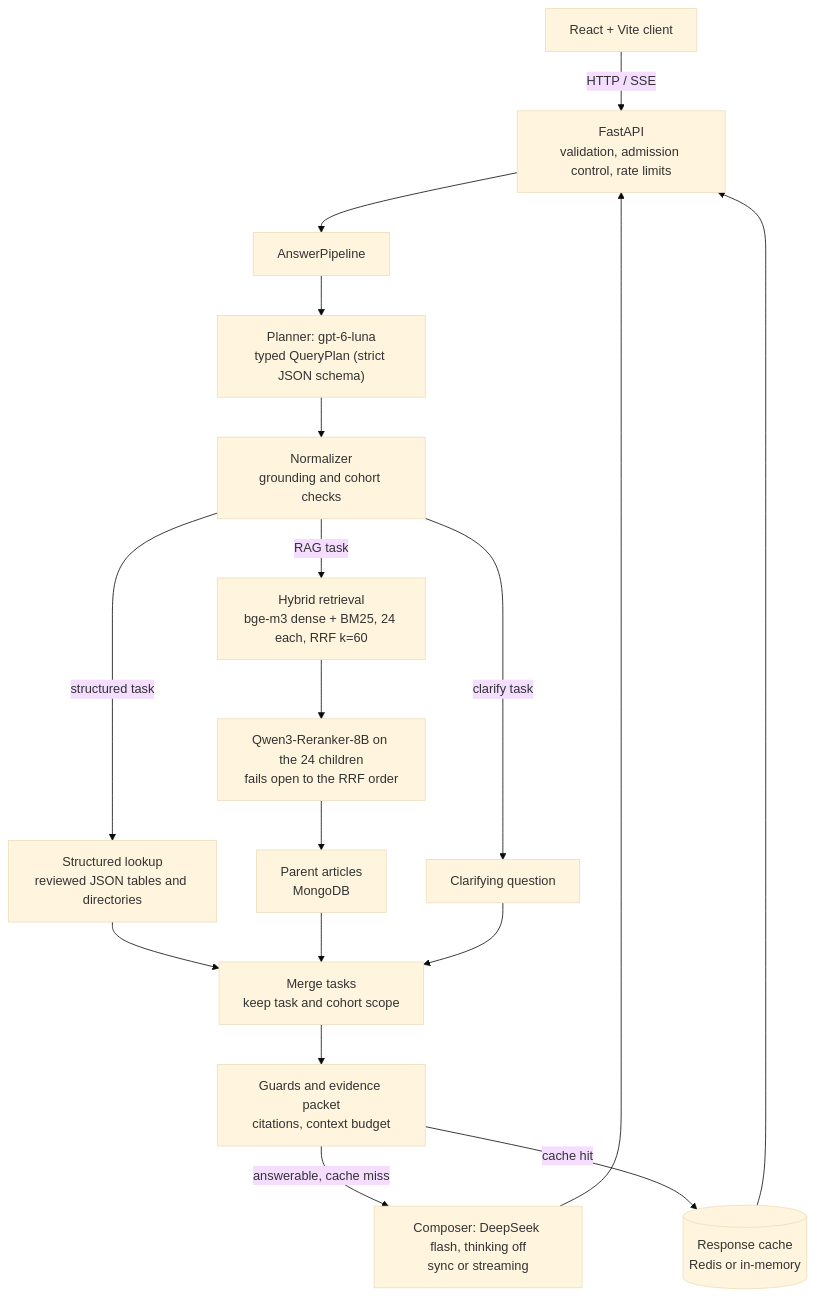
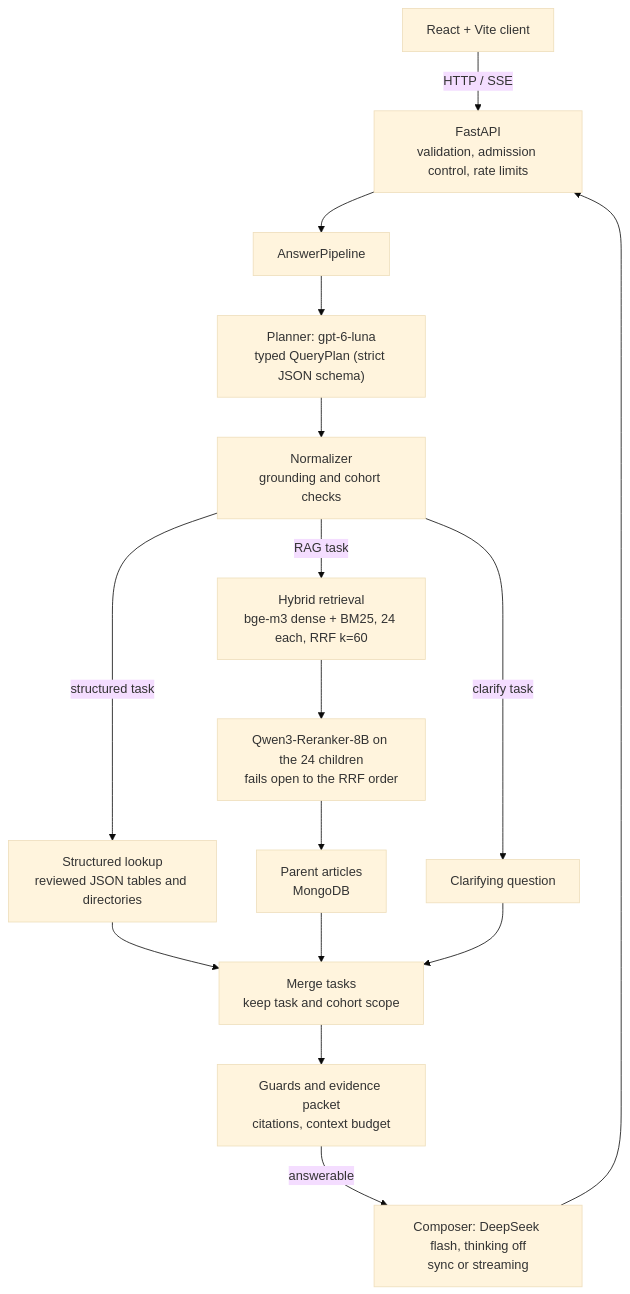
Before and after one commit to AnhPhiNe/student-handbook-rag-chatbot: the first of 7 diagrams in README.md, drawn with Mermaid (base theme). The commit also changed other lines of this file and 5 other files, not shown here.

````diff
--- a/README.md
+++ b/README.md
@@ -75,20 +75,18 @@
 ```mermaid
 flowchart TD
     UI["React + Vite client"] -->|"HTTP / SSE"| API["FastAPI<br/>validation, admission control, rate limits"]
     API --> Pipeline["AnswerPipeline"]
     Pipeline --> Planner["Planner: gpt-6-luna<br/>typed QueryPlan (strict JSON schema)"]
     Planner --> Normalizer["Normalizer<br/>grounding and cohort checks"]
     Normalizer -->|structured task| Lookup["Structured lookup<br/>reviewed JSON tables and directories"]
     Normalizer -->|RAG task| Retrieve["Hybrid retrieval<br/>bge-m3 dense + BM25, 24 each, RRF k=60"]
     Normalizer -->|clarify task| Clarify["Clarifying question"]
     Retrieve --> Rerank["Qwen3-Reranker-8B on the 24 children<br/>fails open to the RRF order"]
     Rerank --> Parents["Parent articles<br/>MongoDB"]
     Lookup --> Merge["Merge tasks<br/>keep task and cohort scope"]
     Parents --> Merge
     Clarify --> Merge
     Merge --> Packet["Guards and evidence packet<br/>citations, context budget"]
-    Packet -->|answerable, cache miss| Composer["Composer: DeepSeek flash, thinking off<br/>sync or streaming"]
-    Packet -->|cache hit| Cache[("Response cache<br/>Redis or in-memory")]
+    Packet -->|answerable| Composer["Composer: DeepSeek flash, thinking off<br/>sync or streaming"]
     Composer --> API
-    Cache --> API
 ```
````
